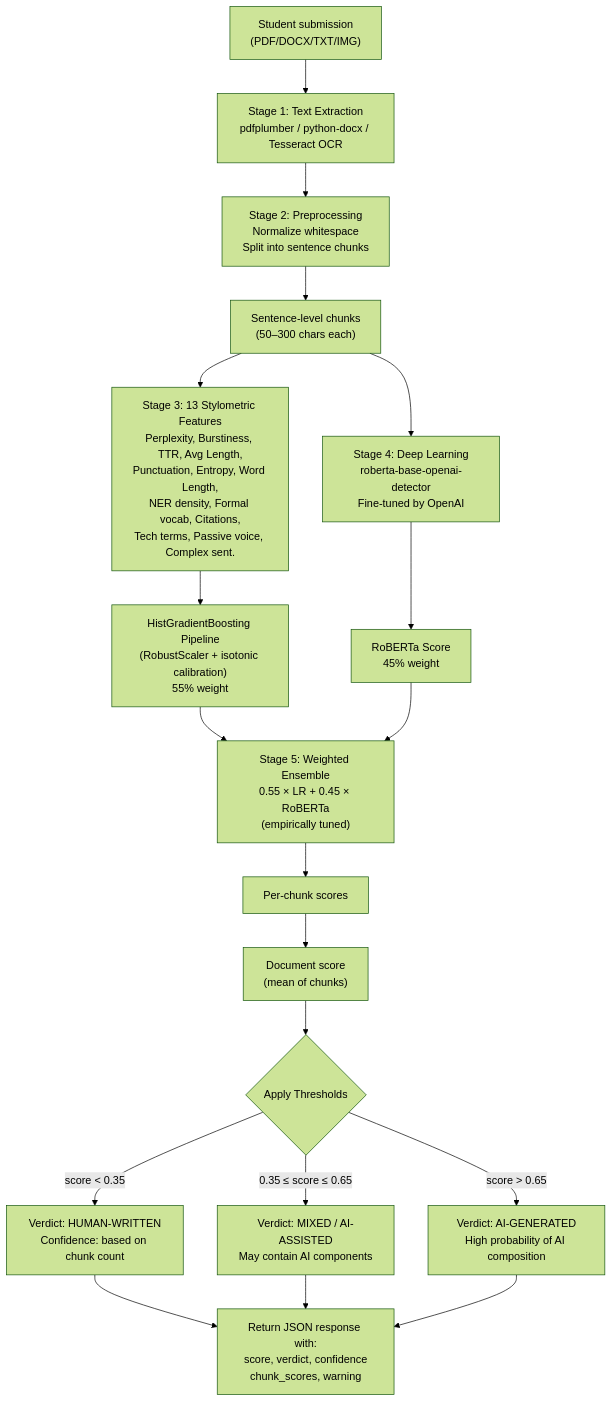
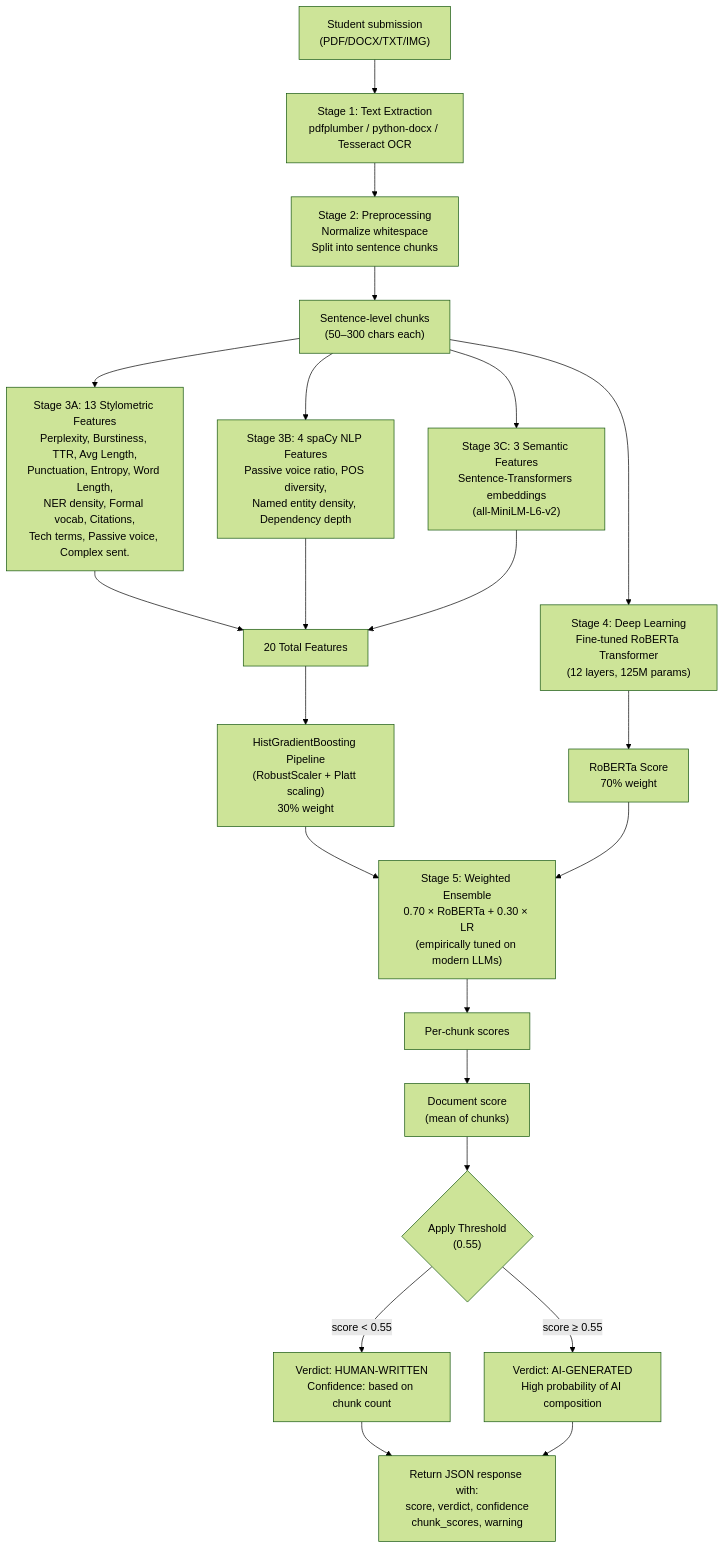
Before and after one commit to securitywithhem/vaultiq: the fourth of 10 diagrams in README.md, drawn with Mermaid (forest theme). The commit also changed other lines of this file, not shown here.

First line of the commit message:
docs: update README with current model architecture and retraining results

````diff
--- a/README.md
+++ b/README.md
@@ -433,27 +434,31 @@
 ```mermaid
 flowchart TD
     Input["Student submission<br/>(PDF/DOCX/TXT/IMG)"] --> Extract["Stage 1: Text Extraction<br/>pdfplumber / python-docx / Tesseract OCR"]
     Extract --> Preprocess["Stage 2: Preprocessing<br/>Normalize whitespace<br/>Split into sentence chunks"]
     Preprocess --> Split["Sentence-level chunks<br/>(50–300 chars each)"]
     
-    Split --> StatFeatures["Stage 3: 13 Stylometric Features<br/>Perplexity, Burstiness, TTR, Avg Length,<br/>Punctuation, Entropy, Word Length,<br/>NER density, Formal vocab, Citations,<br/>Tech terms, Passive voice, Complex sent."]
-    Split --> RoBERTa["Stage 4: Deep Learning<br/>roberta-base-openai-detector<br/>Fine-tuned by OpenAI"]
+    Split --> StatFeatures["Stage 3A: 13 Stylometric Features<br/>Perplexity, Burstiness, TTR, Avg Length,<br/>Punctuation, Entropy, Word Length,<br/>NER density, Formal vocab, Citations,<br/>Tech terms, Passive voice, Complex sent."]
+    Split --> SpacyFeatures["Stage 3B: 4 spaCy NLP Features<br/>Passive voice ratio, POS diversity,<br/>Named entity density, Dependency depth"]
+    Split --> SemanticFeatures["Stage 3C: 3 Semantic Features<br/>Sentence-Transformers embeddings<br/>(all-MiniLM-L6-v2)"]
+    Split --> RoBERTa["Stage 4: Deep Learning<br/>Fine-tuned RoBERTa Transformer<br/>(12 layers, 125M params)"]
     
-    StatFeatures --> LRScore["HistGradientBoosting Pipeline<br/>(RobustScaler + isotonic calibration)<br/>55% weight"]
-    RoBERTa --> RoBERTaScore["RoBERTa Score<br/>45% weight"]
+    StatFeatures --> AllFeatures["20 Total Features"]
+    SpacyFeatures --> AllFeatures
+    SemanticFeatures --> AllFeatures
     
-    LRScore --> Ensemble["Stage 5: Weighted Ensemble<br/>0.55 × LR + 0.45 × RoBERTa<br/>(empirically tuned)"]
+    AllFeatures --> LRScore["HistGradientBoosting Pipeline<br/>(RobustScaler + Platt scaling)<br/>30% weight"]
+    RoBERTa --> RoBERTaScore["RoBERTa Score<br/>70% weight"]
+    
+    LRScore --> Ensemble["Stage 5: Weighted Ensemble<br/>0.70 × RoBERTa + 0.30 × LR<br/>(empirically tuned on modern LLMs)"]
     RoBERTaScore --> Ensemble
     
     Ensemble --> ChunkScores["Per-chunk scores"]
     ChunkScores --> DocScore["Document score<br/>(mean of chunks)"]
-    DocScore --> Verdict{"Apply Thresholds"}
+    DocScore --> Verdict{"Apply Threshold<br/>(0.55)"}
     
-    Verdict -->|"score < 0.35"| Human["Verdict: HUMAN-WRITTEN<br/>Confidence: based on chunk count"]
-    Verdict -->|"0.35 ≤ score ≤ 0.65"| Mixed["Verdict: MIXED / AI-ASSISTED<br/>May contain AI components"]
-    Verdict -->|"score > 0.65"| AIGen["Verdict: AI-GENERATED<br/>High probability of AI composition"]
+    Verdict -->|"score < 0.55"| Human["Verdict: HUMAN-WRITTEN<br/>Confidence: based on chunk count"]
+    Verdict -->|"score ≥ 0.55"| AIGen["Verdict: AI-GENERATED<br/>High probability of AI composition"]
     
     Human --> Response["Return JSON response with:<br/>score, verdict, confidence<br/>chunk_scores, warning"]
-    Mixed --> Response
     AIGen --> Response
 ```
````
